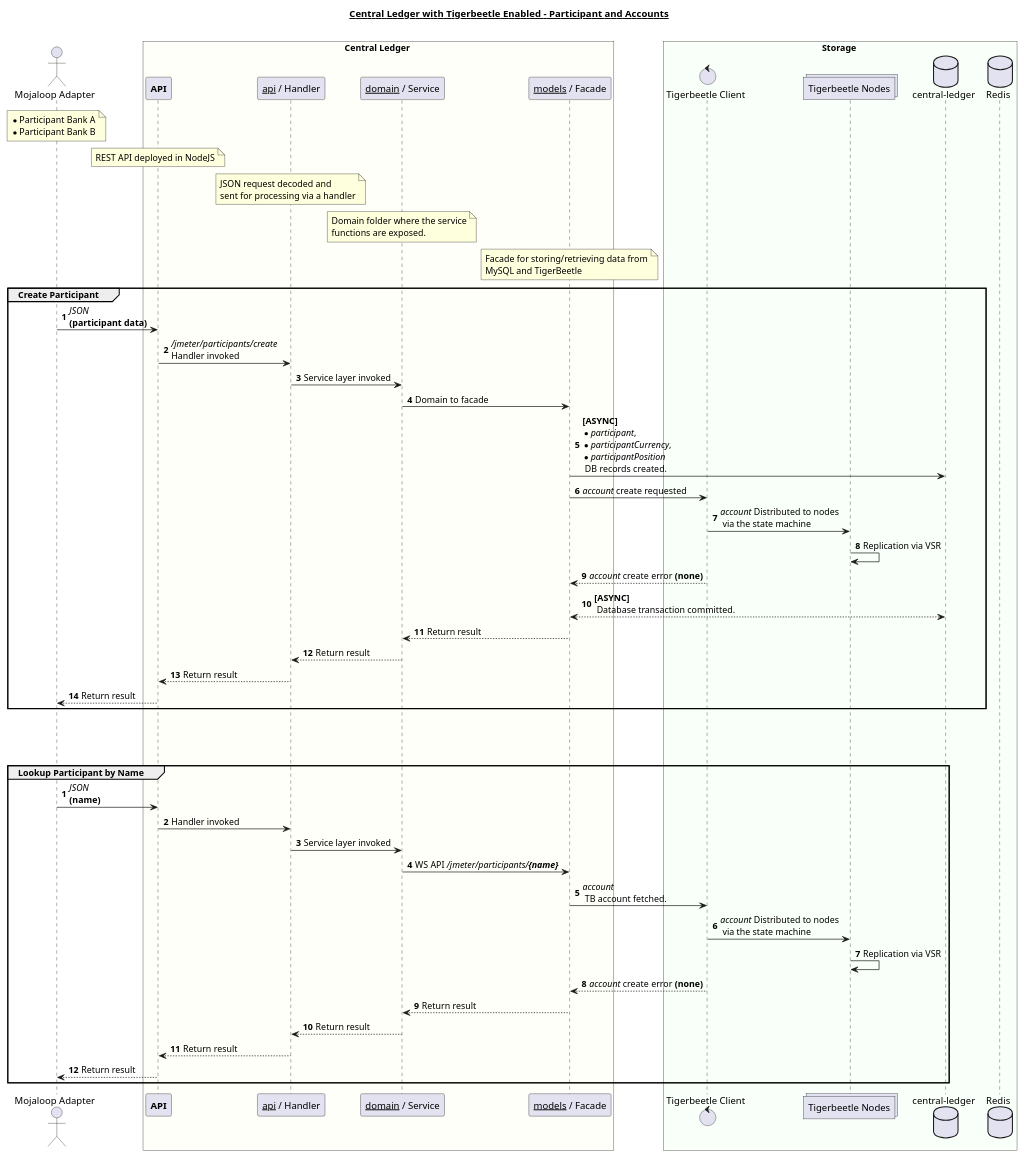
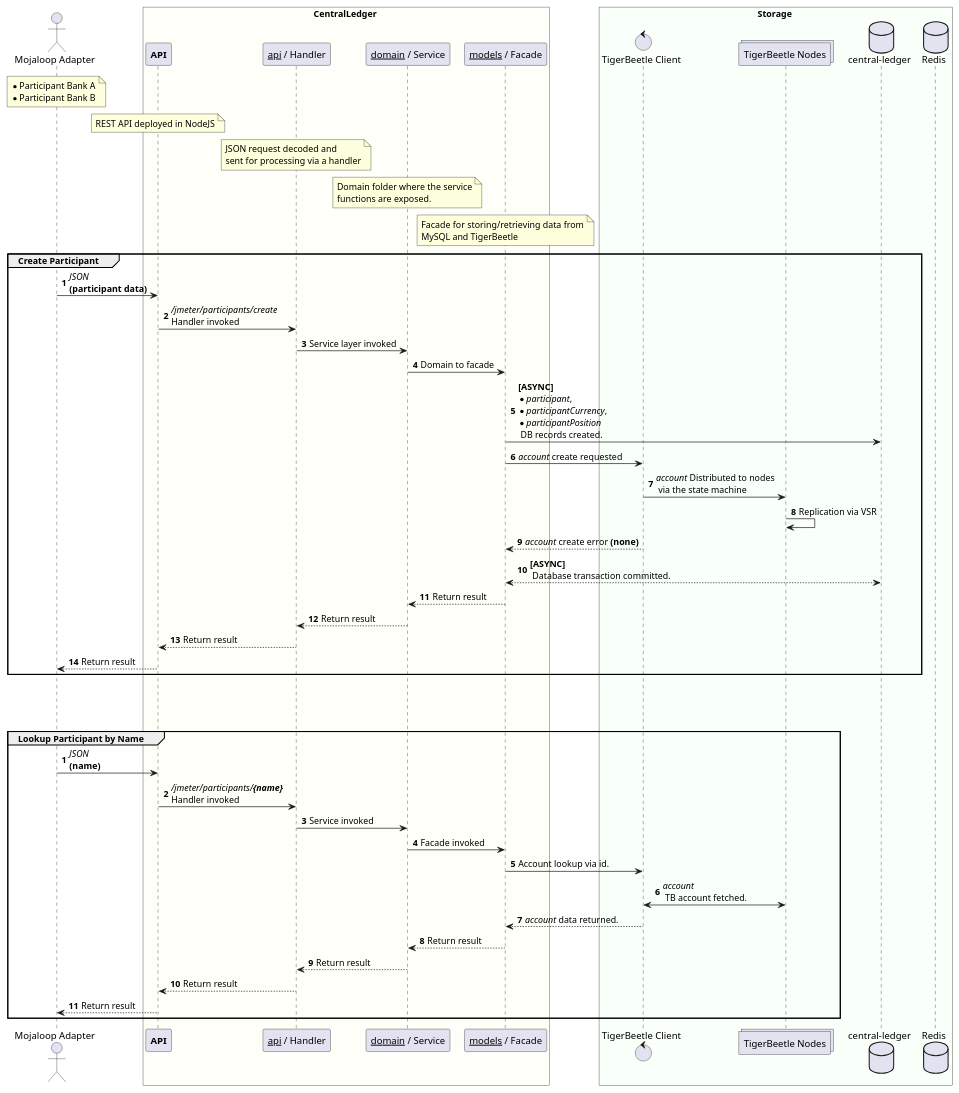
Before and after one commit to coilhq/mucoa: the diagram in solution_design/sequence-participant-tb-enabled.puml, drawn with PlantUML. The commit also changed 11 other files, not shown here.

```diff
--- a/solution_design/sequence-participant-tb-enabled.puml
+++ b/solution_design/sequence-participant-tb-enabled.puml
@@ -1,79 +1,77 @@
 @startuml
-title "__**Central Ledger with Tigerbeetle Enabled - Participant and Accounts**__\n"
 
 actor "Mojaloop Adapter" as dfsp
 note over dfsp
     * Participant Bank A
     * Participant Bank B
 end note
 
-box Central Ledger #FFFFF9
+box CentralLedger #FFFFF9
     participant "**API**" as cl_api
     participant "__api__ / Handler" as cl_handler
     participant "__domain__ / Service" as cl_domain
     participant "__models__ / Facade" as cl_facade
 
     note over cl_api
         REST API deployed in NodeJS
     end note
 
     note over cl_handler
         JSON request decoded and
         sent for processing via a handler
     end note
 
     note over cl_domain
         Domain folder where the service
         functions are exposed.
     end note
 
     note over cl_facade
         Facade for storing/retrieving data from
         MySQL and TigerBeetle
     end note
 end box
 
 box Storage #F9FFF9
-	control "Tigerbeetle Client" as tb_client
-	collections "Tigerbeetle Nodes" as tb_nodes
+	control "TigerBeetle Client" as tb_client
+	collections "TigerBeetle Nodes" as tb_nodes
 	database "central-ledger" as cl_db
 	database "Redis" as redis_cache
 end box
 
 autonumber
 group Create Participant
     dfsp -> cl_api : //JSON// \n**(participant data)**
     cl_api -> cl_handler : ///jmeter/participants/create// \nHandler invoked
     cl_handler -> cl_domain : Service layer invoked
     cl_domain -> cl_facade : Domain to facade
     cl_facade -> cl_db : **[ASYNC]**\n*//participant//, \n*//participantCurrency//, \n*//participantPosition// \n DB records created.
     cl_facade -> tb_client : //account// create requested
     tb_client -> tb_nodes : //account// Distributed to nodes\n via the state machine
     tb_nodes -> tb_nodes : Replication via VSR
     tb_client --> cl_facade : //account// create error **(none)**
     cl_db <--> cl_facade : **[ASYNC]**\n Database transaction committed.
     cl_facade --> cl_domain : Return result
     cl_domain --> cl_handler : Return result
     cl_handler --> cl_api : Return result
     cl_api --> dfsp : Return result
 end
 
 ||70||
 
 autonumber
 group Lookup Participant by Name
     dfsp -> cl_api : //JSON// \n**(name)**
-    cl_api -> cl_handler : Handler invoked
-    cl_handler -> cl_domain : Service layer invoked
-    cl_domain -> cl_facade : WS API ///jmeter/participants/**{name}**//
-    cl_facade -> tb_client : //account//\n TB account fetched.
-    tb_client -> tb_nodes : //account// Distributed to nodes\n via the state machine
-    tb_nodes -> tb_nodes : Replication via VSR
-    tb_client --> cl_facade : //account// create error **(none)**
+    cl_api -> cl_handler : ///jmeter/participants/**{name}**// \nHandler invoked
+    cl_handler -> cl_domain : Service invoked
+    cl_domain -> cl_facade : Facade invoked
+    cl_facade -> tb_client : Account lookup via id.
+    tb_client <-> tb_nodes : //account//\n TB account fetched.
+    tb_client --> cl_facade : //account// data returned.
     cl_facade --> cl_domain : Return result
     cl_domain --> cl_handler : Return result
     cl_handler --> cl_api : Return result
     cl_api --> dfsp : Return result
 end
 
 @enduml
```
